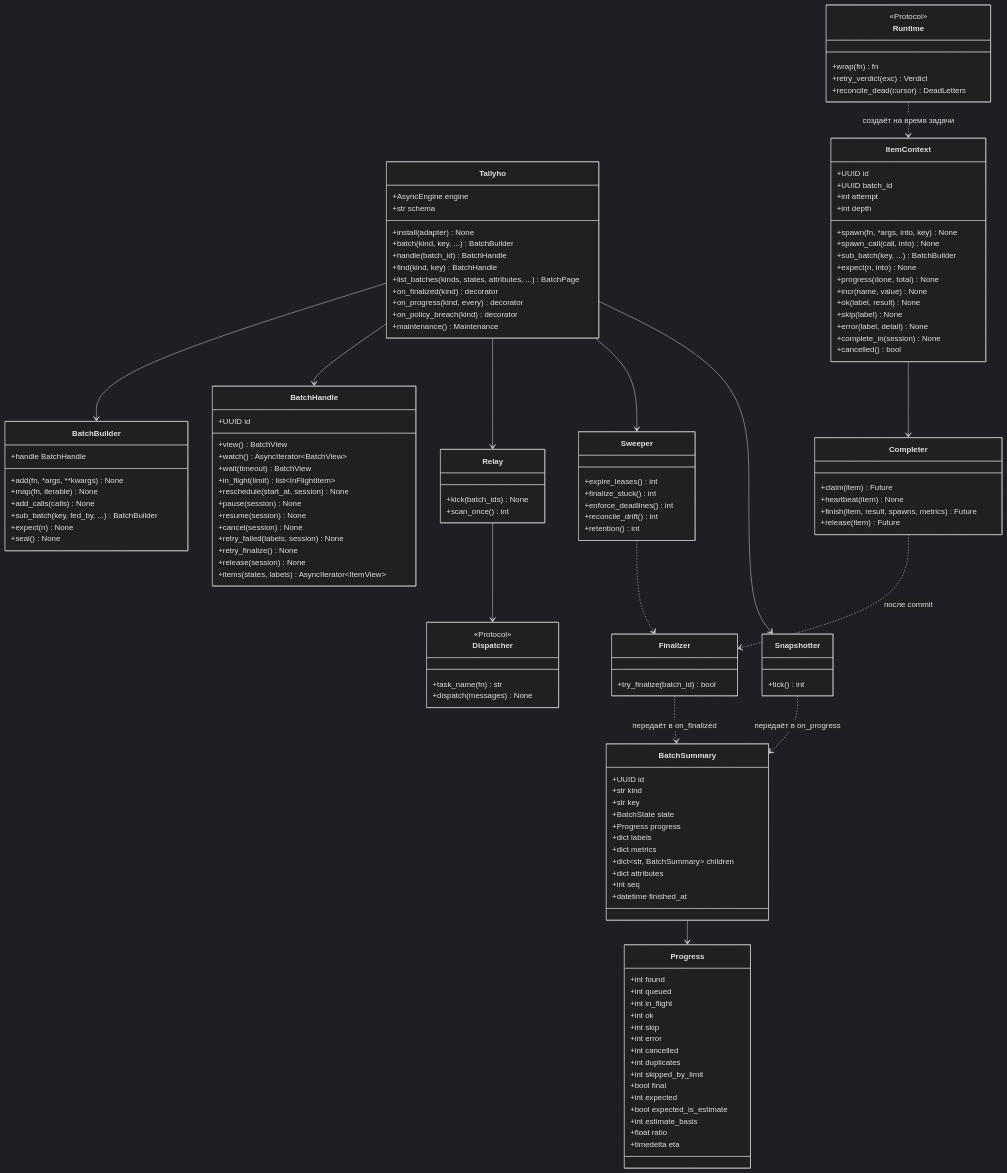
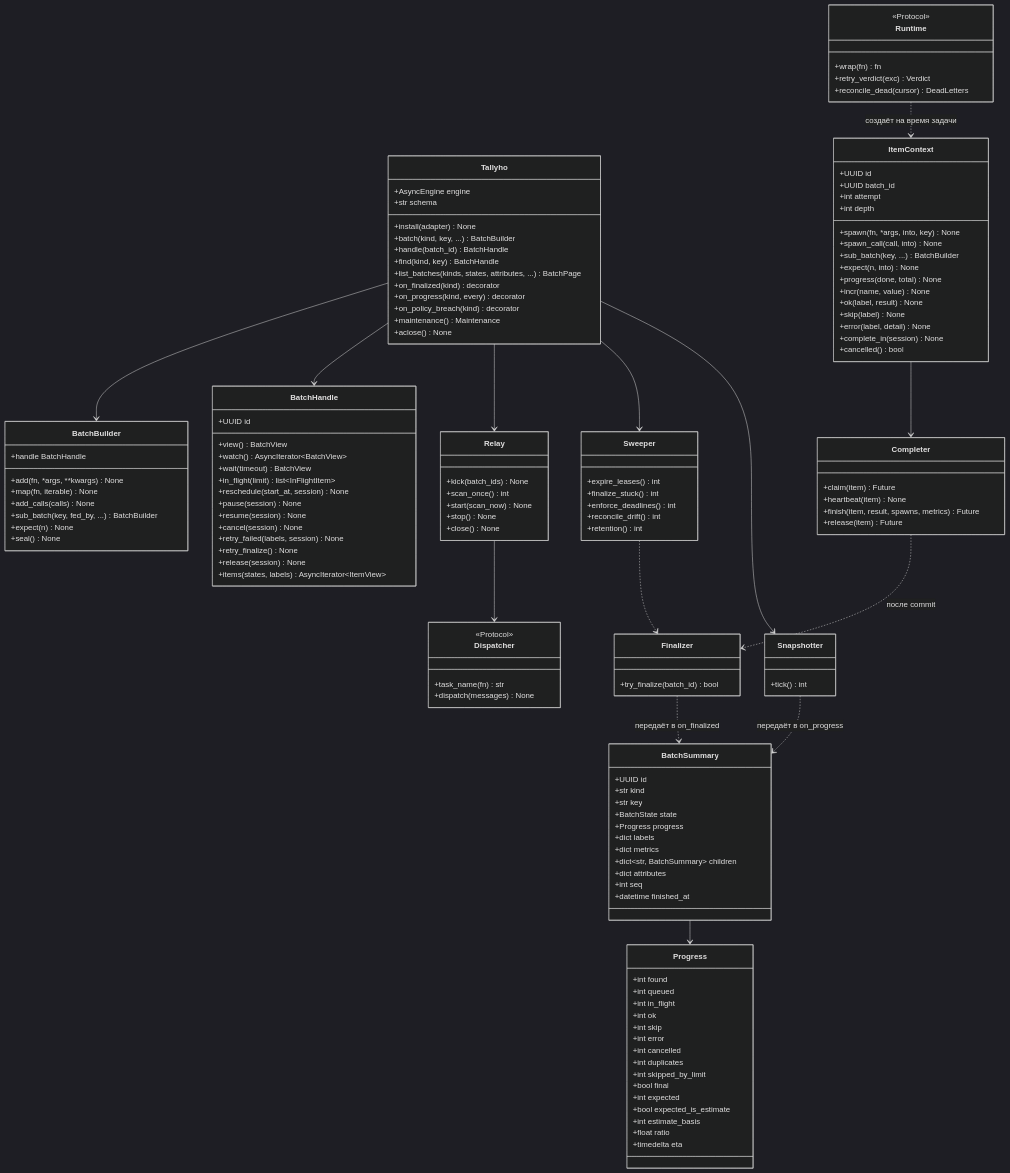
Before and after one commit to 0cherednoq/Tallyho: the fourth of 39 diagrams in docs/ARCHITECTURE.md, drawn with Mermaid (dark theme). The commit also changed other lines of this file, not shown here.

First line of the commit message:
Fix-10: ARCHITECTURE — relay в процессах с адаптером, scan без лидера

```diff
--- a/docs/ARCHITECTURE.md
+++ b/docs/ARCHITECTURE.md
@@ -203,6 +208,7 @@
         +on_progress(kind, every) decorator
         +on_policy_breach(kind) decorator
         +maintenance() Maintenance
+        +aclose() None
     }
     class BatchBuilder {
         +add(fn, *args, **kwargs) None
@@ -290,6 +296,9 @@
     class Relay {
         +kick(batch_ids) None
         +scan_once() int
+        +start(scan_now) None
+        +stop() None
+        +close() None
     }
     class Sweeper {
         +expire_leases() int
```
